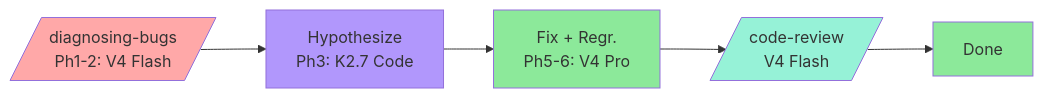
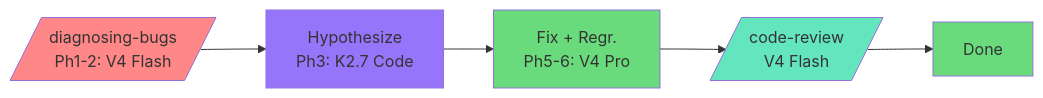
One commit to elisharkray1030/ai-coding-workflow changed the third of 5 diagrams in README.md. Above: the diagram before and after it, drawn with Mermaid. The commit also changed other lines of this file, not shown here.

First line of the commit message:
Darken Mermaid diagram fills for readability

````diff
--- a/README.md
+++ b/README.md
@@ -73,18 +73,18 @@
 ```mermaid
 graph LR
     LO[/diagnosing-bugs<br/>Ph1-2: V4 Flash/] --> HY[Hypothesize<br/>Ph3: K2.7 Code]
     HY --> FX[Fix + Regr.<br/>Ph5-6: V4 Pro]
     FX --> CR[/code-review<br/>V4 Flash/]
     CR --> DN[Done]
 
-    classDef red fill:#ffa8a8
-    classDef purple fill:#b197fc
-    classDef green fill:#8ce99a
-    classDef teal fill:#96f2d7
+    classDef red fill:#ff8787
+    classDef purple fill:#9775fa
+    classDef green fill:#69db7c
+    classDef teal fill:#63e6be
 
     class LO red
     class HY purple
     class FX green
     class CR teal
     class DN green
 ```
````
